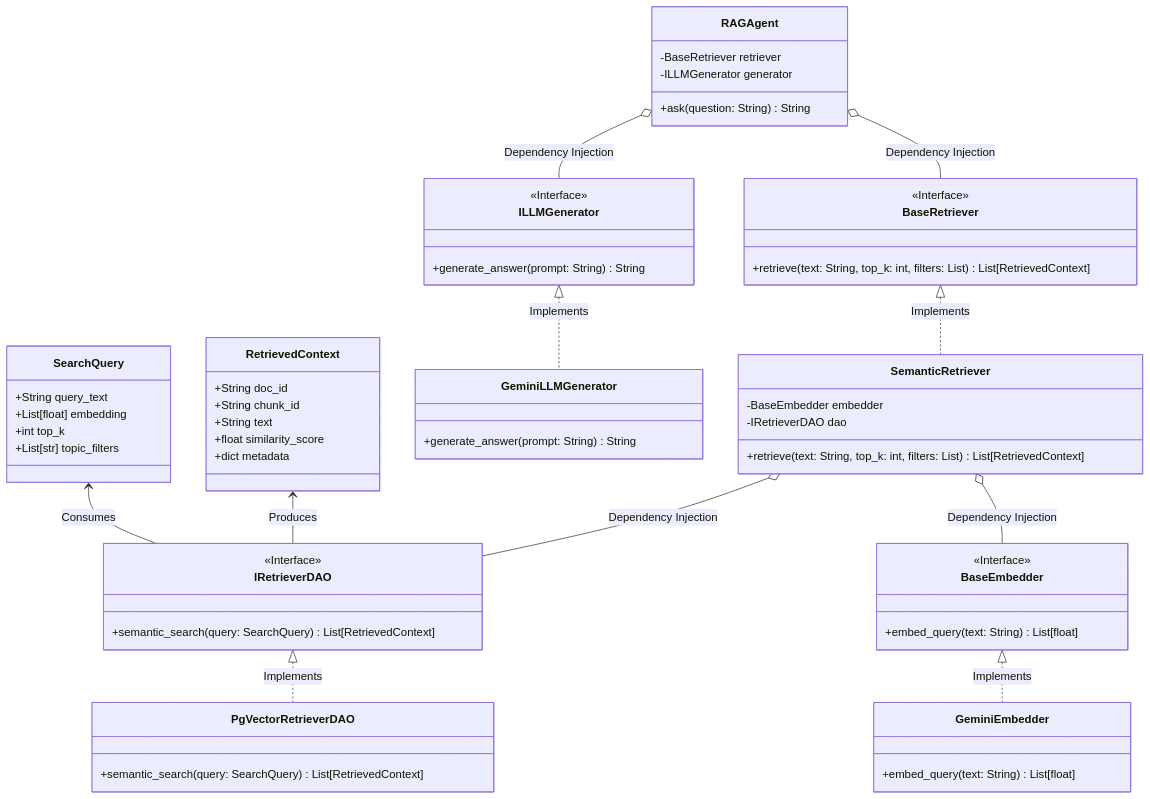
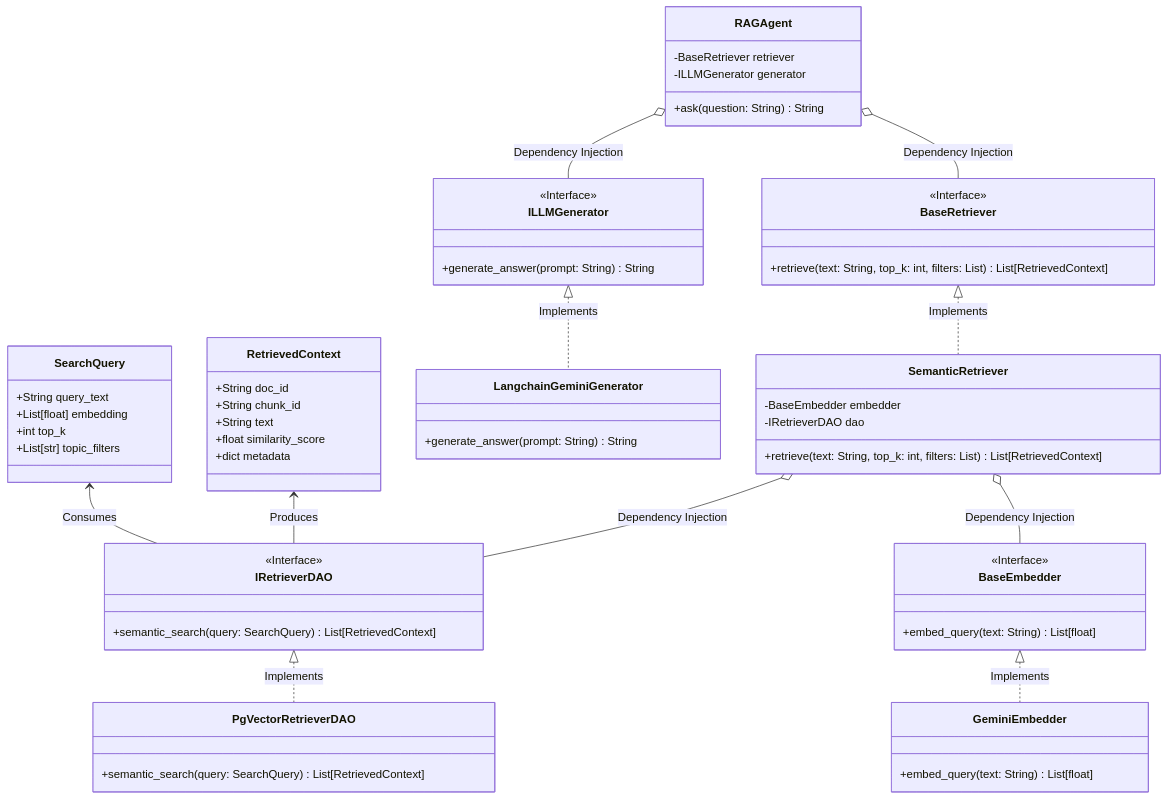
Before and after one commit to nvd11/automated-rag-evaluator: the first of 2 diagrams in docs/phase2_retriever_architecture.md, drawn with Mermaid. The commit also changed other lines of this file, not shown here.

Commit message:
docs(architecture): specify the use of LangChain and LCEL for LLM generation to meet interview requirements

````diff
--- a/docs/phase2_retriever_architecture.md
+++ b/docs/phase2_retriever_architecture.md
@@ -12,80 +12,81 @@
 ```mermaid
 classDiagram
     %% Data Transfer Objects (Domain Layer)
     class SearchQuery {
         +String query_text
         +List[float] embedding
         +int top_k
         +List[str] topic_filters
     }
     
     class RetrievedContext {
         +String doc_id
         +String chunk_id
         +String text
         +float similarity_score
         +dict metadata
     }
 
     %% Interfaces (Contract Layer)
     %% Reusing BaseEmbedder from Ingestion
     class BaseEmbedder {
         <<Interface>>
         +embed_query(text: String) List[float]
     }
     
     class IRetrieverDAO {
         <<Interface>>
         +semantic_search(query: SearchQuery) List[RetrievedContext]
     }
     
     class ILLMGenerator {
         <<Interface>>
         +generate_answer(prompt: String) String
     }
     
     class BaseRetriever {
         <<Interface>>
         +retrieve(text: String, top_k: int, filters: List) List[RetrievedContext]
     }
 
     %% Implementations (Concrete Layer)
     class GeminiEmbedder {
         +embed_query(text: String) List[float]
     }
     
-    class GeminiLLMGenerator {
+    class LangchainGeminiGenerator {
         +generate_answer(prompt: String) String
+        %% Note: Uses LCEL (LangChain Expression Language)
     }
     
     class PgVectorRetrieverDAO {
         +semantic_search(query: SearchQuery) List[RetrievedContext]
     }
     
     class SemanticRetriever {
         -BaseEmbedder embedder
         -IRetrieverDAO dao
         +retrieve(text: String, top_k: int, filters: List) List[RetrievedContext]
     }
 
     class RAGAgent {
         -BaseRetriever retriever
         -ILLMGenerator generator
         +ask(question: String) String
     }
 
     RAGAgent o-- BaseRetriever : Dependency Injection
     RAGAgent o-- ILLMGenerator : Dependency Injection
     
     %% Relationships
     SearchQuery <-- IRetrieverDAO : Consumes
     RetrievedContext <-- IRetrieverDAO : Produces
     
     BaseEmbedder <|.. GeminiEmbedder : Implements
     IRetrieverDAO <|.. PgVectorRetrieverDAO : Implements
-    ILLMGenerator <|.. GeminiLLMGenerator : Implements
+    ILLMGenerator <|.. LangchainGeminiGenerator : Implements
     BaseRetriever <|.. SemanticRetriever : Implements
     
     SemanticRetriever o-- BaseEmbedder : Dependency Injection
     SemanticRetriever o-- IRetrieverDAO : Dependency Injection
 ```
````
